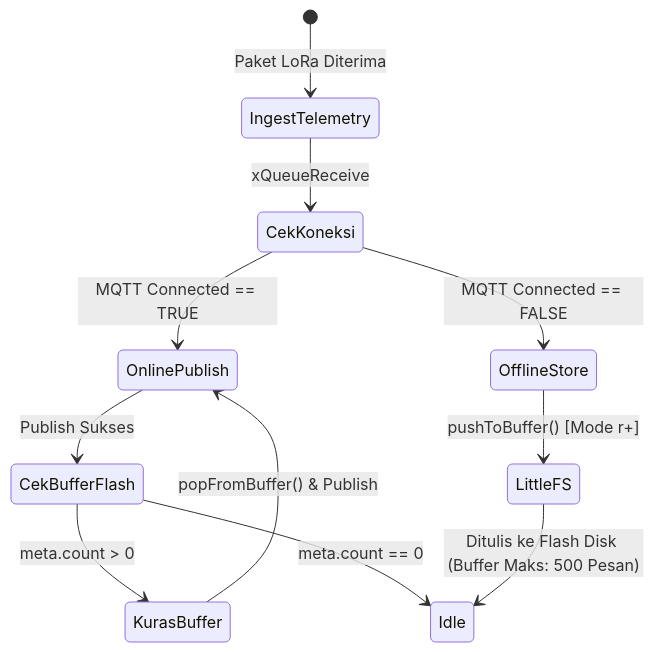
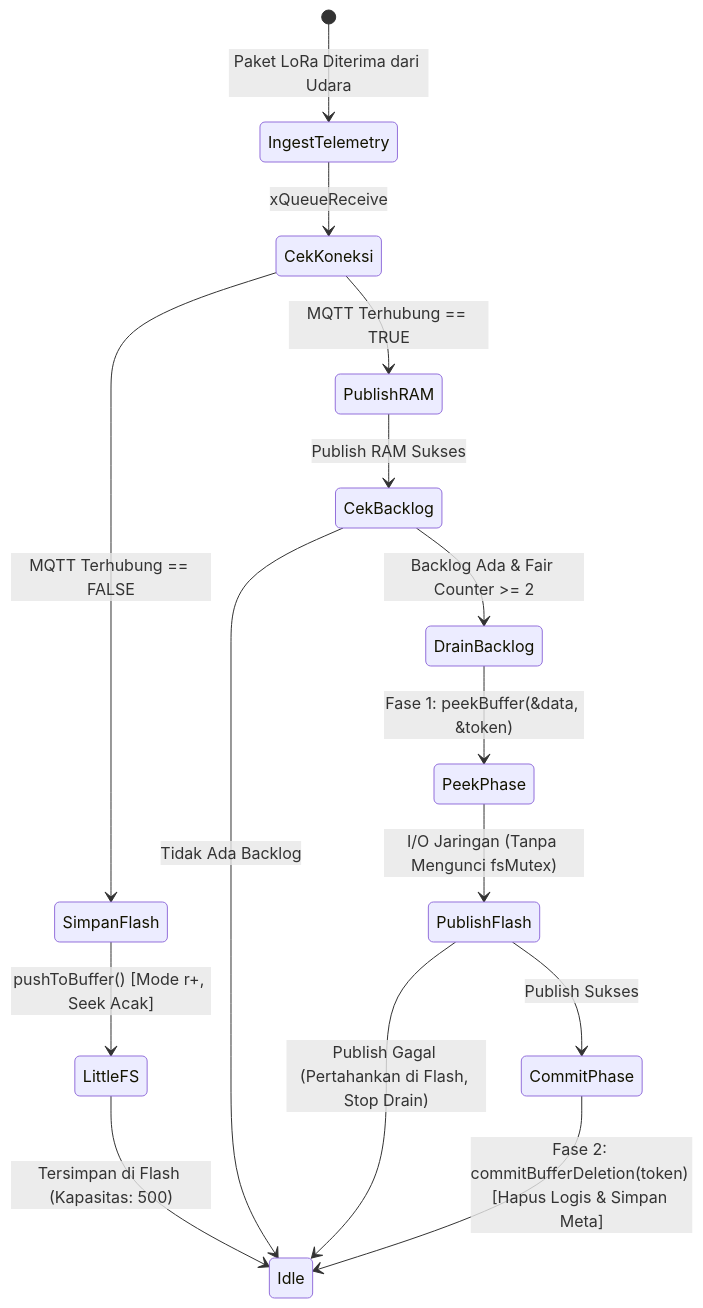
Before and after one commit to DHard4114/DESPRO-4: the fourth of 4 diagrams in src/firmware/gateway/docs/README.md, drawn with Mermaid. The commit also changed other lines of this file and 8 other files, not shown here.

First line of the commit message:
fix(firmware): complete store-and-forward 2PC, fair scheduling, and sensor diagnostics

````diff
--- a/src/firmware/gateway/docs/README.md
+++ b/src/firmware/gateway/docs/README.md
@@ -145,19 +148,23 @@
 ```mermaid
 stateDiagram-v2
-    [*] --> IngestTelemetry : Paket LoRa Diterima
+    [*] --> IngestTelemetry : Paket LoRa Diterima dari Udara
     IngestTelemetry --> CekKoneksi : xQueueReceive
     
     state CekKoneksi <<choice>>
-    CekKoneksi --> OnlinePublish : MQTT Connected == TRUE
-    CekKoneksi --> OfflineStore : MQTT Connected == FALSE
+    CekKoneksi --> PublishRAM : MQTT Terhubung == TRUE
+    CekKoneksi --> SimpanFlash : MQTT Terhubung == FALSE
     
-    OnlinePublish --> CekBufferFlash : Publish Sukses
-    state CekBufferFlash <<choice>>
-    CekBufferFlash --> KurasBuffer : meta.count > 0
-    CekBufferFlash --> Idle : meta.count == 0
+    SimpanFlash --> LittleFS : pushToBuffer() [Mode r+, Seek Acak]
+    LittleFS --> Idle : Tersimpan di Flash (Kapasitas: 500)
     
-    KurasBuffer --> OnlinePublish : popFromBuffer() & Publish
+    PublishRAM --> CekBacklog : Publish RAM Sukses
+    state CekBacklog <<choice>>
+    CekBacklog --> DrainBacklog : Backlog Ada & Fair Counter >= 2
+    CekBacklog --> Idle : Tidak Ada Backlog
     
-    OfflineStore --> LittleFS : pushToBuffer() [Mode r+]
-    LittleFS --> Idle : Ditulis ke Flash Disk (Buffer Maks: 500 Pesan)
+    DrainBacklog --> PeekPhase : Fase 1: peekBuffer(&data, &token)
+    PeekPhase --> PublishFlash : I/O Jaringan (Tanpa Mengunci fsMutex)
+    PublishFlash --> CommitPhase : Publish Sukses
+    PublishFlash --> Idle : Publish Gagal (Pertahankan di Flash, Stop Drain)
+    CommitPhase --> Idle : Fase 2: commitBufferDeletion(token) [Hapus Logis & Simpan Meta]
 ```
````
